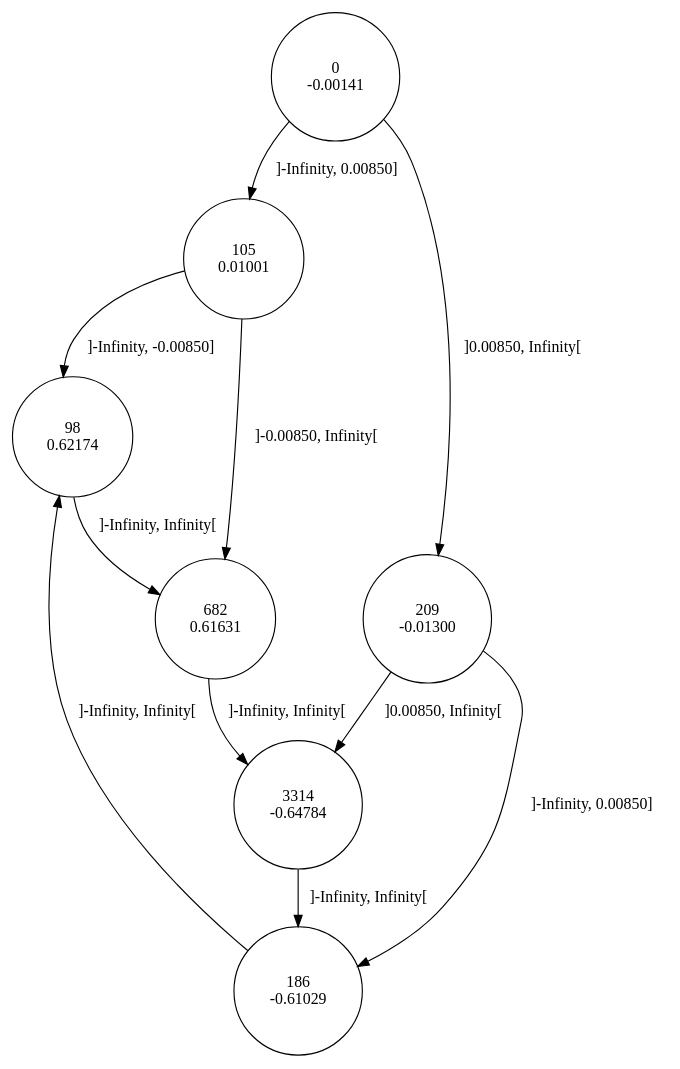
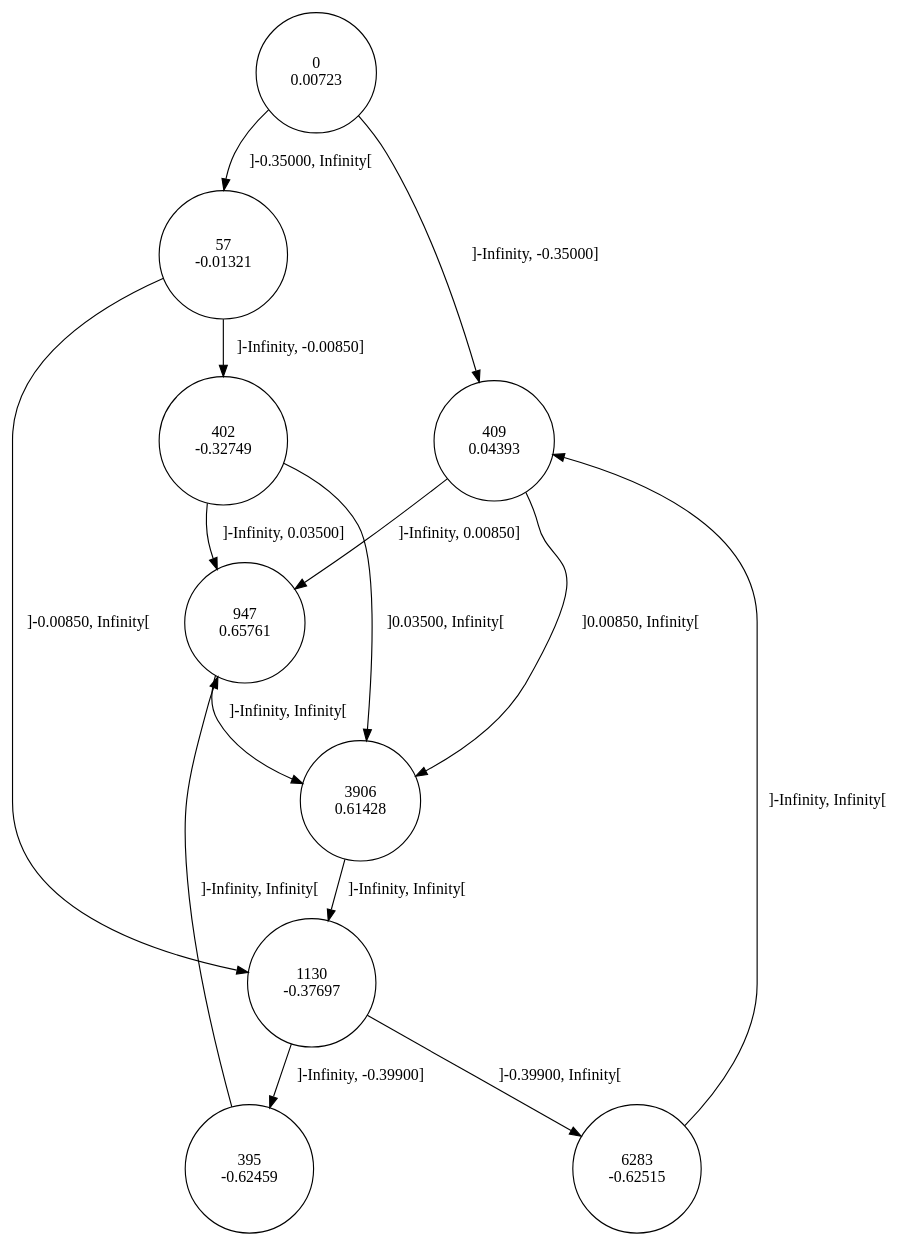
One commit to gllpellegrino/RAI_experiments changed the diagram in sinus/data/4/rai.dot. Above: the diagram before and after it, drawn with Graphviz. The commit also changed 98 other files, not shown here.

```diff
--- a/sinus/data/4/rai.dot
+++ b/sinus/data/4/rai.dot
@@ -1,19 +1,25 @@
 digraph DFA {
-0 [shape=circle, label="0\n-0.00141"];
-	0 -> 105 [label="]-Infinity, 0.00850]"];
-	0 -> 209 [label="]0.00850, Infinity["];
-209 [shape=circle, label="209\n-0.01300"];
-	209 -> 186 [label="]-Infinity, 0.00850]"];
-	209 -> 3314 [label="]0.00850, Infinity["];
-3314 [shape=circle, label="3314\n-0.64784"];
-	3314 -> 186 [label="]-Infinity, Infinity["];
-186 [shape=circle, label="186\n-0.61029"];
-	186 -> 98 [label="]-Infinity, Infinity["];
-98 [shape=circle, label="98\n0.62174"];
-	98 -> 682 [label="]-Infinity, Infinity["];
-682 [shape=circle, label="682\n0.61631"];
-	682 -> 3314 [label="]-Infinity, Infinity["];
-105 [shape=circle, label="105\n0.01001"];
-	105 -> 98 [label="]-Infinity, -0.00850]"];
-	105 -> 682 [label="]-0.00850, Infinity["];
+0 [shape=circle, label="0\n0.00723"];
+	0 -> 409 [label="]-Infinity, -0.35000]"];
+	0 -> 57 [label="]-0.35000, Infinity["];
+57 [shape=circle, label="57\n-0.01321"];
+	57 -> 402 [label="]-Infinity, -0.00850]"];
+	57 -> 1130 [label="]-0.00850, Infinity["];
+1130 [shape=circle, label="1130\n-0.37697"];
+	1130 -> 395 [label="]-Infinity, -0.39900]"];
+	1130 -> 6283 [label="]-0.39900, Infinity["];
+6283 [shape=circle, label="6283\n-0.62515"];
+	6283 -> 409 [label="]-Infinity, Infinity["];
+409 [shape=circle, label="409\n0.04393"];
+	409 -> 947 [label="]-Infinity, 0.00850]"];
+	409 -> 3906 [label="]0.00850, Infinity["];
+3906 [shape=circle, label="3906\n0.61428"];
+	3906 -> 1130 [label="]-Infinity, Infinity["];
+947 [shape=circle, label="947\n0.65761"];
+	947 -> 3906 [label="]-Infinity, Infinity["];
+395 [shape=circle, label="395\n-0.62459"];
+	395 -> 947 [label="]-Infinity, Infinity["];
+402 [shape=circle, label="402\n-0.32749"];
+	402 -> 947 [label="]-Infinity, 0.03500]"];
+	402 -> 3906 [label="]0.03500, Infinity["];
 }
```
